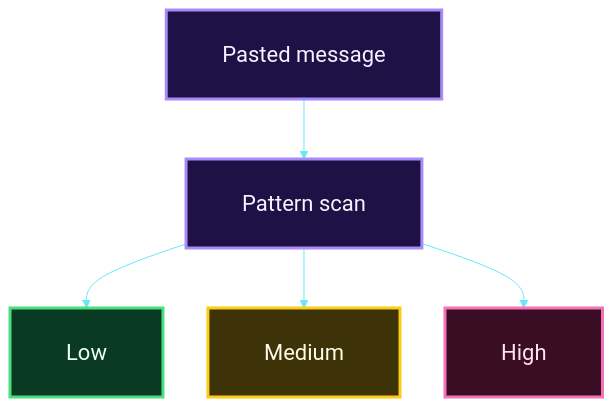
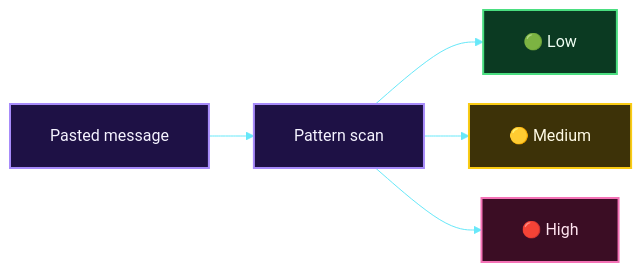
Diagram 11 of 13 in README.md (Mansi232323/MANSHORA), drawn with Mermaid before and after one commit. The commit also changed other lines of this file, not shown here.

````diff
--- a/README.md
+++ b/README.md
@@ -436,16 +417,16 @@
 ```mermaid
-%%{init: {'theme':'base','themeVariables':{'fontSize':'22px','fontFamily':'Arial, Helvetica, sans-serif','lineColor':'#67e8f9','clusterBkg':'#0f0f2b','clusterBorder':'#a78bfa','titleColor':'#e9d5ff','edgeLabelBackground':'#0f0f2b'},'flowchart':{'nodeSpacing':45,'rankSpacing':60,'padding':28,'htmlLabels':false,'useMaxWidth':true}}}%%
-flowchart TB
+%%{init: {'theme':'base','themeVariables':{'fontSize':'16px','fontFamily':'Arial, Helvetica, sans-serif','lineColor':'#67e8f9'},'flowchart':{'htmlLabels':true,'nodeSpacing':30,'rankSpacing':45,'padding':20,'wrappingWidth':260}}}%%
+flowchart LR
     M["Pasted message"] --> P["Pattern scan"]
-    P --> L["Low"]
-    P --> Md["Medium"]
-    P --> H["High"]
-    classDef n fill:#1e1145,stroke:#a78bfa,stroke-width:3px,color:#f5f3ff
-    classDef low fill:#0b3a22,stroke:#4ade80,stroke-width:3px,color:#f0fff4
-    classDef mid fill:#3d3208,stroke:#facc15,stroke-width:3px,color:#fffbe6
-    classDef high fill:#3b0d24,stroke:#f472b6,stroke-width:3px,color:#ffe4f0
+    P --> L["🟢 Low"]
+    P --> Md["🟡 Medium"]
+    P --> H["🔴 High"]
+    classDef n fill:#1e1145,stroke:#a78bfa,stroke-width:2px,color:#f5f3ff
+    classDef low fill:#0b3a22,stroke:#4ade80,stroke-width:2px,color:#f0fff4
+    classDef mid fill:#3d3208,stroke:#facc15,stroke-width:2px,color:#fffbe6
+    classDef high fill:#3b0d24,stroke:#f472b6,stroke-width:2px,color:#ffe4f0
     class M,P n
     class L low
     class Md mid
     class H high
 ```
````
